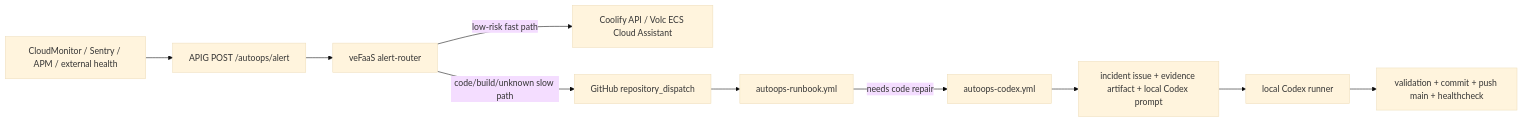
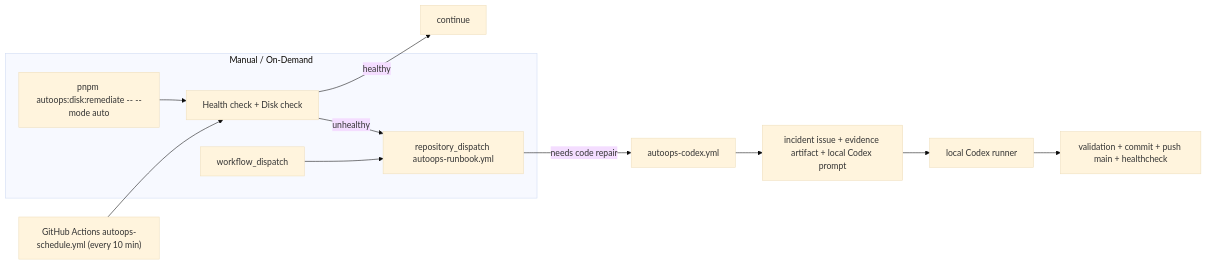
One commit to bei666qi-pan/VerseCraft changed the diagram in .ops/autoops/README.md. Above: the diagram before and after it, drawn with Mermaid (base theme). The commit also changed other lines of this file and 11 other files, not shown here.

First line of the commit message:
fix(autoops): remove APIG/VeFaaS, replace with scheduled GitHub Actions checks

````diff
--- a/.ops/autoops/README.md
+++ b/.ops/autoops/README.md
@@ -5,12 +5,15 @@
 ```mermaid
 flowchart LR
-  A["CloudMonitor / Sentry / APM / external health"] --> B["APIG POST /autoops/alert"]
-  B --> C["veFaaS alert-router"]
-  C -->|low-risk fast path| D["Coolify API / Volc ECS Cloud Assistant"]
-  C -->|code/build/unknown slow path| E["GitHub repository_dispatch"]
-  E --> F["autoops-runbook.yml"]
-  F -->|needs code repair| G["autoops-codex.yml"]
-  G --> H["incident issue + evidence artifact + local Codex prompt"]
-  H --> I["local Codex runner"]
-  I --> J["validation + commit + push main + healthcheck"]
+  A["GitHub Actions autoops-schedule.yml (every 10 min)"] --> B["Health check + Disk check"]
+  B -->|healthy| C["continue"]
+  B -->|unhealthy| D["repository_dispatch autoops-runbook.yml"]
+  D -->|needs code repair| E["autoops-codex.yml"]
+  E --> F["incident issue + evidence artifact + local Codex prompt"]
+  F --> G["local Codex runner"]
+  G --> H["validation + commit + push main + healthcheck"]
+
+  subgraph Manual / On-Demand
+    I["workflow_dispatch"] --> D
+    J["pnpm autoops:disk:remediate -- --mode auto"] --> B
+  end
 ```
````
